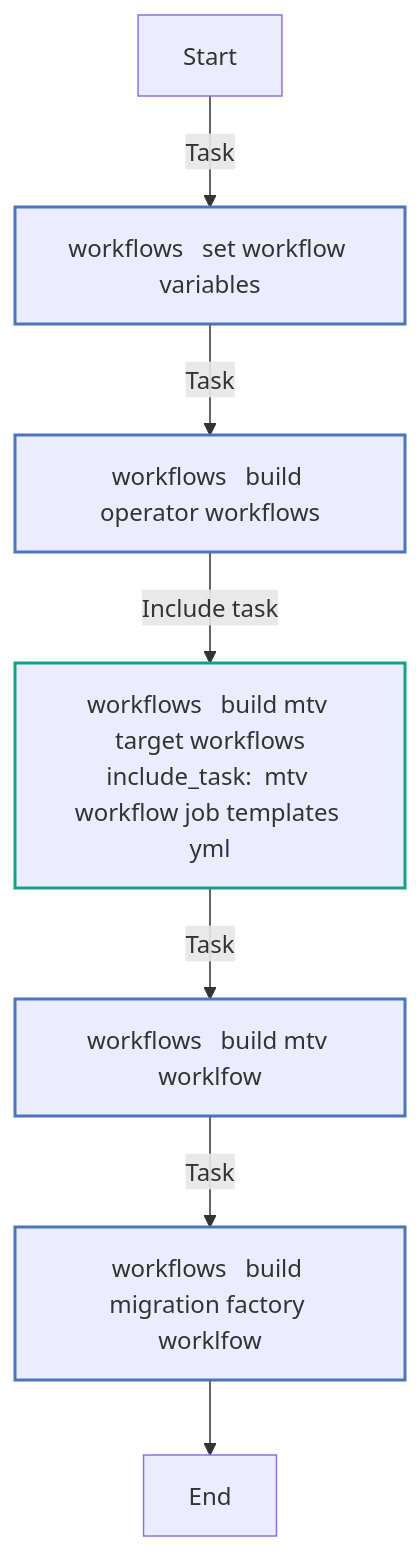
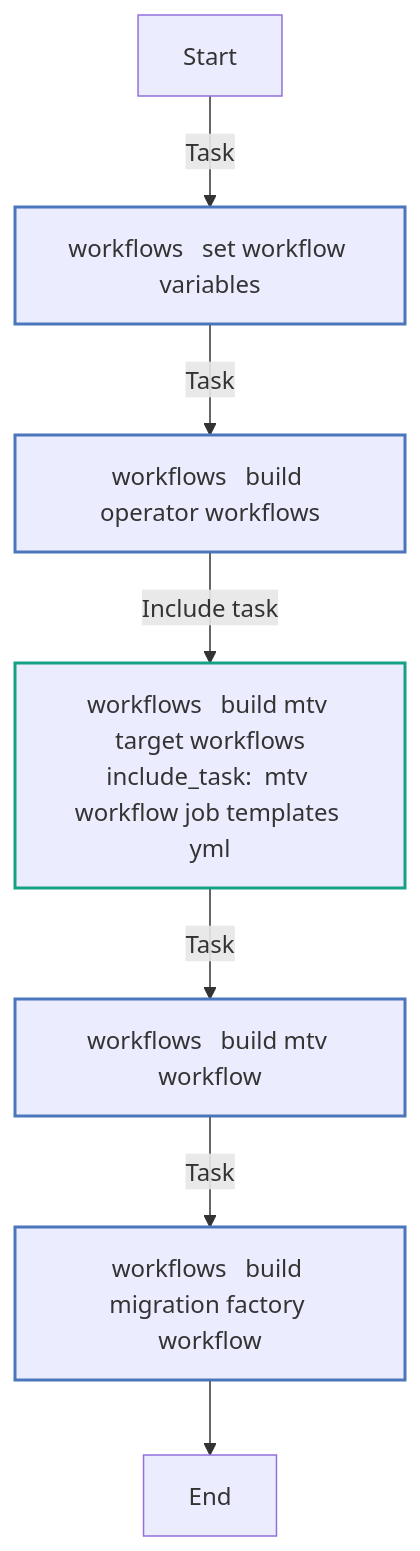
One commit to stevefulme1/openshift_virtualization_migration changed the eighth of 8 diagrams in roles/aap_seed/README.md. Above: the diagram before and after it, drawn with Mermaid. The commit also changed other lines of this file and 51 other files, not shown here.

````diff
--- a/roles/aap_seed/README.md
+++ b/roles/aap_seed/README.md
@@ -1323,19 +1329,19 @@
 ```mermaid
 flowchart TD
 Start
 classDef block stroke:#3498db,stroke-width:2px;
 classDef task stroke:#4b76bb,stroke-width:2px;
 classDef includeTasks stroke:#16a085,stroke-width:2px;
 classDef importTasks stroke:#34495e,stroke-width:2px;
 classDef includeRole stroke:#2980b9,stroke-width:2px;
 classDef importRole stroke:#699ba7,stroke-width:2px;
 classDef includeVars stroke:#8e44ad,stroke-width:2px;
 classDef rescue stroke:#665352,stroke-width:2px;
 
   Start-->|Task| workflows___Set_workflow_variables0[workflows   set workflow variables]:::task
   workflows___Set_workflow_variables0-->|Task| workflows___Build_Operator_Workflows1[workflows   build operator workflows]:::task
   workflows___Build_Operator_Workflows1-->|Include task| workflows___Build_MTV_Target_Workflows__mtv_workflow_job_templates_yml_2[workflows   build mtv target workflows<br>include_task:  mtv workflow job templates yml]:::includeTasks
-  workflows___Build_MTV_Target_Workflows__mtv_workflow_job_templates_yml_2-->|Task| workflows___Build_MTV_Worklfow3[workflows   build mtv worklfow]:::task
-  workflows___Build_MTV_Worklfow3-->|Task| workflows___Build_Migration_Factory_Worklfow4[workflows   build migration factory worklfow]:::task
-  workflows___Build_Migration_Factory_Worklfow4-->End
+  workflows___Build_MTV_Target_Workflows__mtv_workflow_job_templates_yml_2-->|Task| workflows___Build_MTV_Workflow3[workflows   build mtv workflow]:::task
+  workflows___Build_MTV_Workflow3-->|Task| workflows___Build_Migration_Factory_Workflow4[workflows   build migration factory workflow]:::task
+  workflows___Build_Migration_Factory_Workflow4-->End
 ```
````
